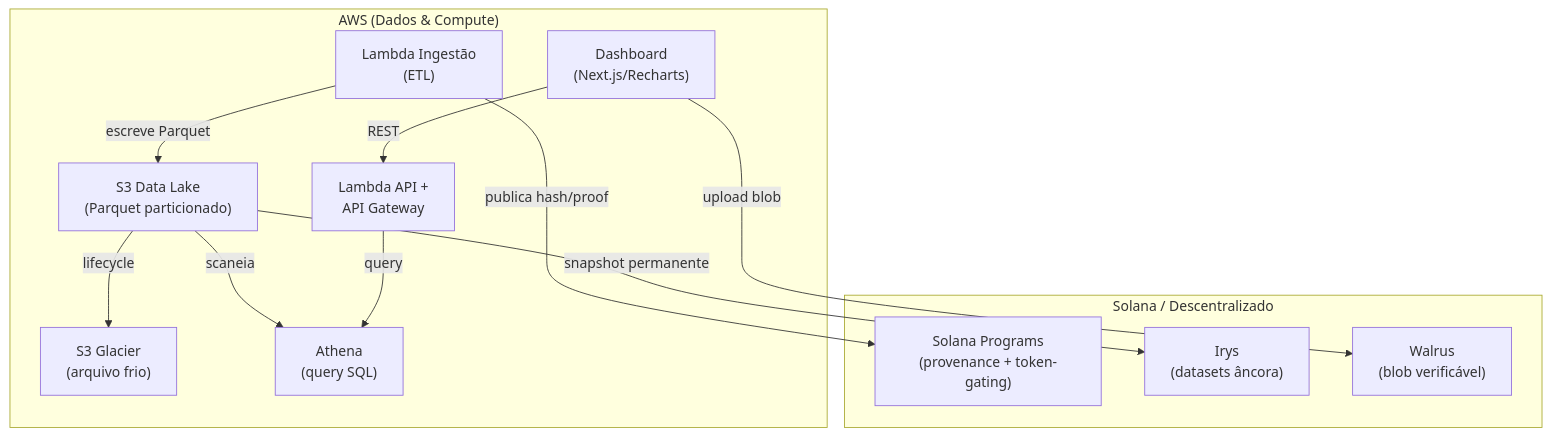
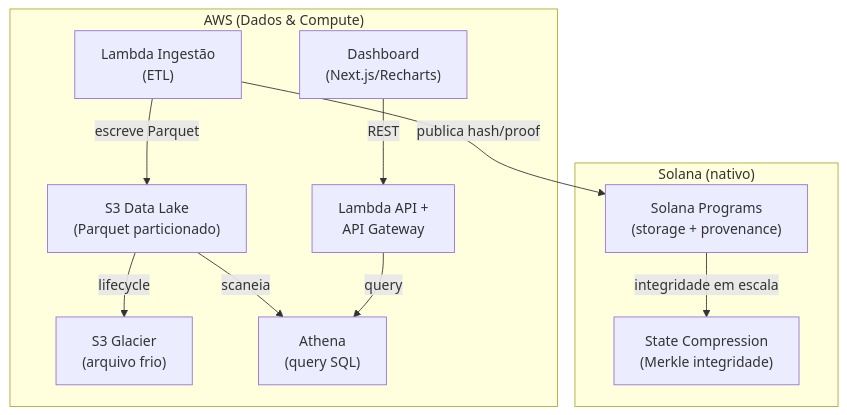
One commit to cesschneider/colosseum-hackathon changed the diagram in docs/architecture/img/c4-level2-containers.mmd. Above: the diagram before and after it, drawn with Mermaid. The commit also changed 18 other files, not shown here.

Commit message:
docs: Restringe escopo a Solana NATIVO (remove cross-chain Irys/Walrus); reescreve PRD/stories/plano

```diff
--- a/docs/architecture/img/c4-level2-containers.mmd
+++ b/docs/architecture/img/c4-level2-containers.mmd
@@ -1,25 +1,23 @@
 flowchart TB
     subgraph AWS["AWS (Dados & Compute)"]
         S3["S3 Data Lake<br/>(Parquet particionado)"]
         Glacier["S3 Glacier<br/>(arquivo frio)"]
         Athena["Athena<br/>(query SQL)"]
         Ingest["Lambda Ingestão<br/>(ETL)"]
         API["Lambda API +<br/>API Gateway"]
         Frontend["Dashboard<br/>(Next.js/Recharts)"]
     end
 
-    subgraph Web3["Solana / Descentralizado"]
-        Chain["Solana Programs<br/>(provenance + token-gating)"]
-        Irys["Irys<br/>(datasets âncora)"]
-        Walrus["Walrus<br/>(blob verificável)"]
+    subgraph Web3["Solana (nativo)"]
+        Chain["Solana Programs<br/>(storage + provenance)"]
+        Compress["State Compression<br/>(Merkle integridade)"]
     end
 
     Ingest -->|"escreve Parquet"| S3
     S3 -->|"lifecycle"| Glacier
     S3 -->|"scaneia"| Athena
     API -->|"query"| Athena
     Frontend -->|"REST"| API
 
     Ingest -->|"publica hash/proof"| Chain
-    S3 -->|"snapshot permanente"| Irys
-    Frontend -->|"upload blob"| Walrus
+    Chain -->|"integridade em escala"| Compress
```
